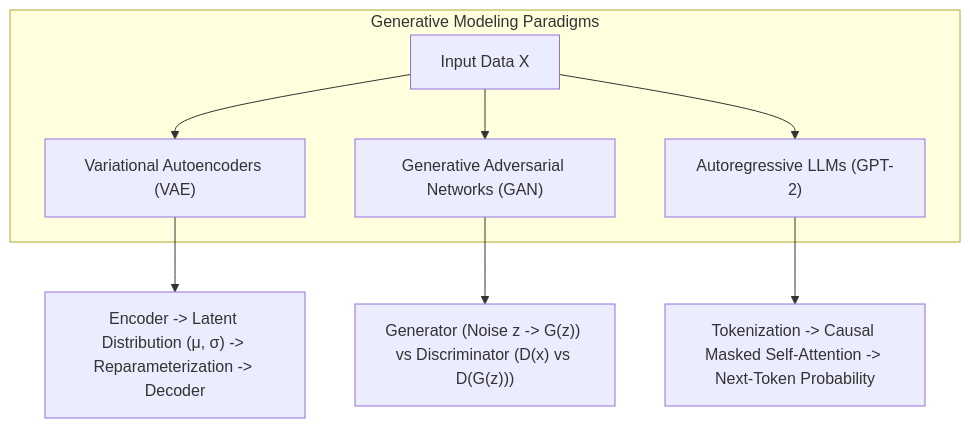
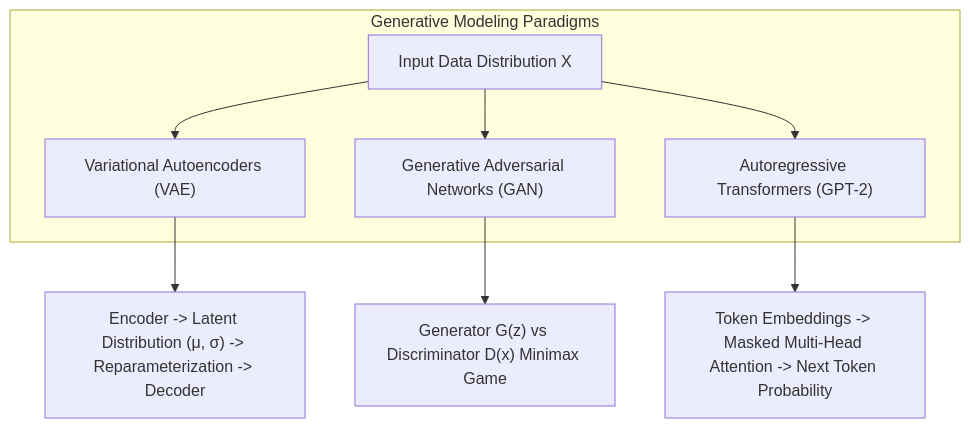
One commit to prakruthidevanga/Generative-AI changed the diagram in README.md. Above: the diagram before and after it, drawn with Mermaid. The commit also changed other lines of this file, not shown here.

````diff
--- a/README.md
+++ b/README.md
@@ -39,11 +81,11 @@
 ```mermaid
 flowchart TD
     subgraph Generative Modeling Paradigms
-        A["Input Data X"] --> B["Variational Autoencoders (VAE)"]
+        A["Input Data Distribution X"] --> B["Variational Autoencoders (VAE)"]
         A --> C["Generative Adversarial Networks (GAN)"]
-        A --> D["Autoregressive LLMs (GPT-2)"]
+        A --> D["Autoregressive Transformers (GPT-2)"]
     end
     B --> E["Encoder -> Latent Distribution (μ, σ) -> Reparameterization -> Decoder"]
-    C --> F["Generator (Noise z -> G(z)) vs Discriminator (D(x) vs D(G(z)))"]
-    D --> G["Tokenization -> Causal Masked Self-Attention -> Next-Token Probability"]
+    C --> F["Generator G(z) vs Discriminator D(x) Minimax Game"]
+    D --> G["Token Embeddings -> Masked Multi-Head Attention -> Next Token Probability"]
 ```
````
